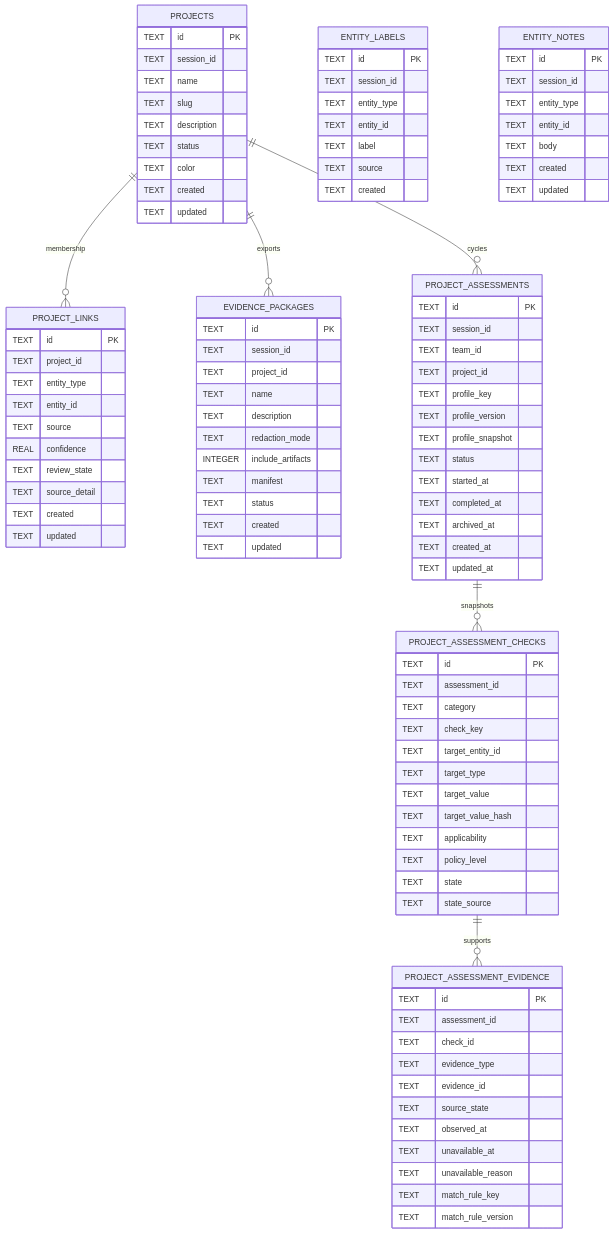
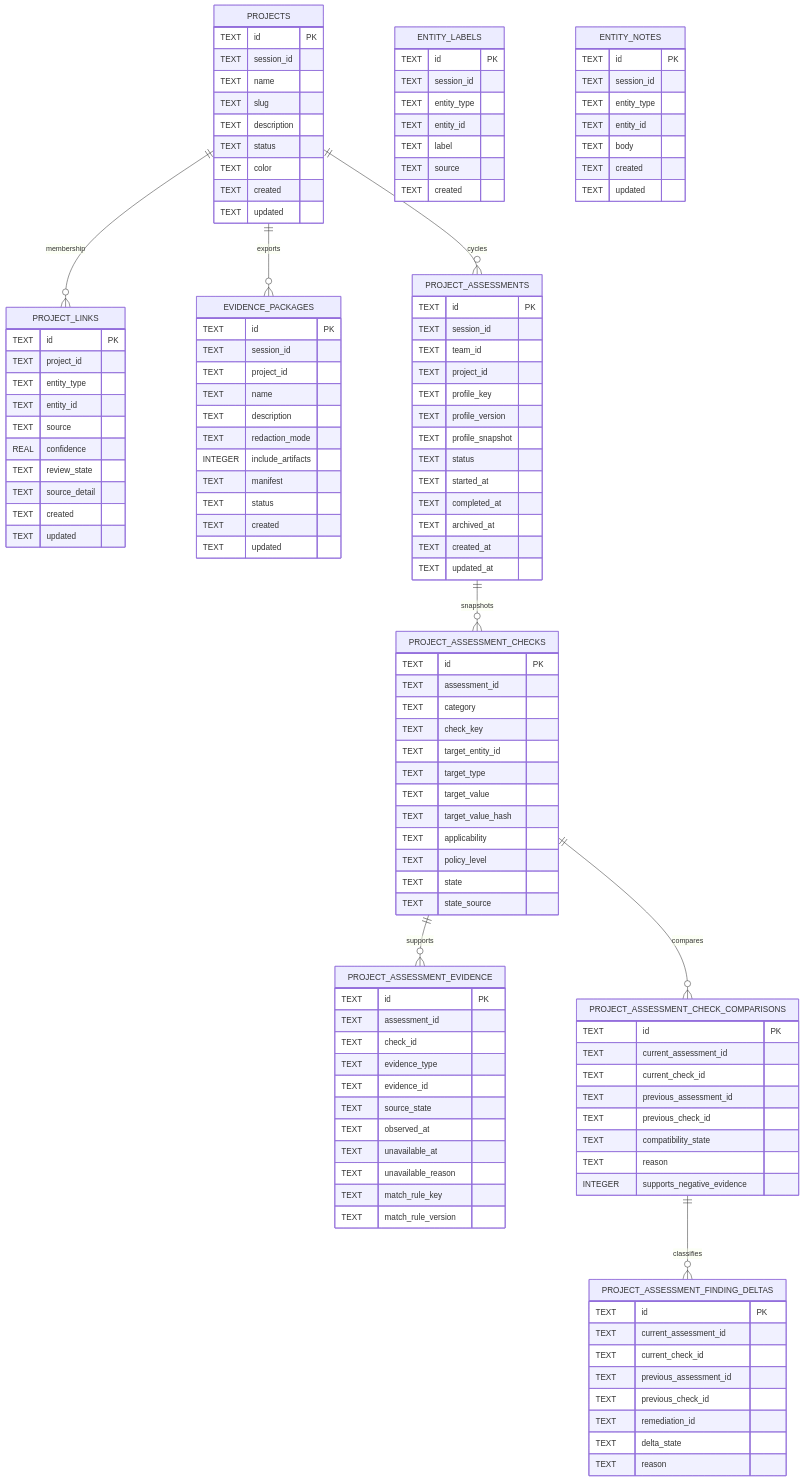
One commit to darklab-sh/darklab-shell changed the tenth of 10 diagrams in ARCHITECTURE.md. Above: the diagram before and after it, drawn with Mermaid. The commit also changed other lines of this file and 245 other files, not shown here.

Commit message:
Project Assessment Workspace: Add cross-cycle finding reconciliation

````diff
--- a/ARCHITECTURE.md
+++ b/ARCHITECTURE.md
@@ -1891,6 +1893,26 @@
     TEXT match_rule_key
     TEXT match_rule_version
   }
+  PROJECT_ASSESSMENT_CHECK_COMPARISONS {
+    TEXT id PK
+    TEXT current_assessment_id
+    TEXT current_check_id
+    TEXT previous_assessment_id
+    TEXT previous_check_id
+    TEXT compatibility_state
+    TEXT reason
+    INTEGER supports_negative_evidence
+  }
+  PROJECT_ASSESSMENT_FINDING_DELTAS {
+    TEXT id PK
+    TEXT current_assessment_id
+    TEXT current_check_id
+    TEXT previous_assessment_id
+    TEXT previous_check_id
+    TEXT remediation_id
+    TEXT delta_state
+    TEXT reason
+  }
   ENTITY_LABELS {
     TEXT id PK
     TEXT session_id
@@ -1914,4 +1936,6 @@
   PROJECTS ||--o{ PROJECT_ASSESSMENTS : "cycles"
   PROJECT_ASSESSMENTS ||--o{ PROJECT_ASSESSMENT_CHECKS : "snapshots"
   PROJECT_ASSESSMENT_CHECKS ||--o{ PROJECT_ASSESSMENT_EVIDENCE : "supports"
+  PROJECT_ASSESSMENT_CHECKS ||--o{ PROJECT_ASSESSMENT_CHECK_COMPARISONS : "compares"
+  PROJECT_ASSESSMENT_CHECK_COMPARISONS ||--o{ PROJECT_ASSESSMENT_FINDING_DELTAS : "classifies"
 ```
````
